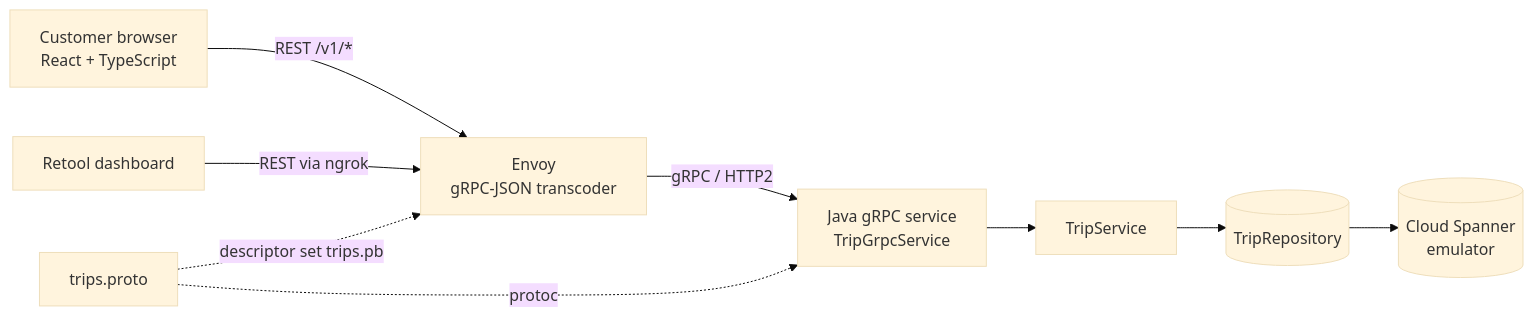
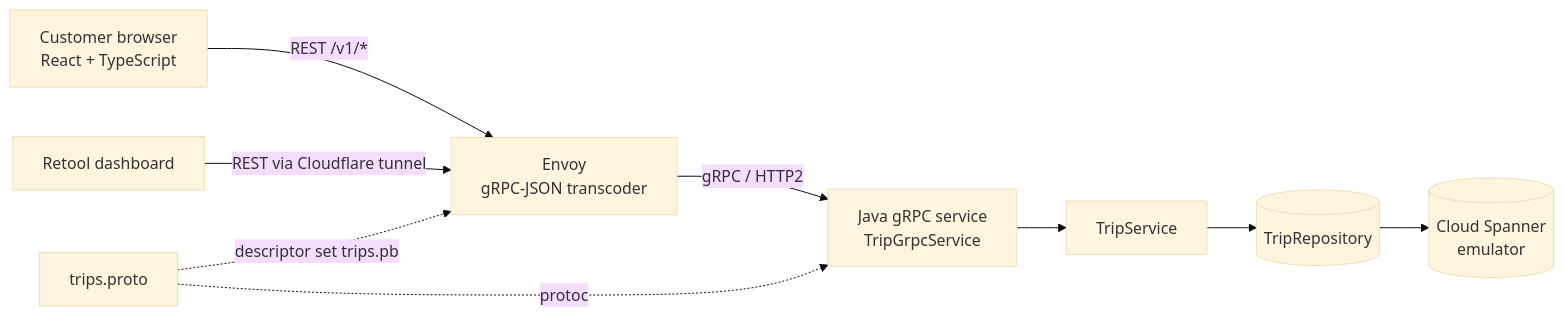
Before and after one commit to infocusp-fullstack/Chorusview_demo: the first of 8 diagrams in docs/DIAGRAMS.md, drawn with Mermaid (base theme). The commit also changed 1 other file, not shown here.

Commit message:
Docs: replace stale ngrok references with Cloudflare tunnel

````diff
--- a/docs/DIAGRAMS.md
+++ b/docs/DIAGRAMS.md
@@ -7,11 +7,11 @@
 ```mermaid
 flowchart LR
     U[Customer browser<br/>React + TypeScript] -->|REST /v1/*| E[Envoy<br/>gRPC-JSON transcoder]
-    R[Retool dashboard] -->|REST via ngrok| E
+    R[Retool dashboard] -->|REST via Cloudflare tunnel| E
     E -->|gRPC / HTTP2| B[Java gRPC service<br/>TripGrpcService]
     B --> S[TripService]
     S --> P[(TripRepository)]
     P --> D[(Cloud Spanner<br/>emulator)]
     PB[trips.proto] -.->|protoc| B
     PB -.->|descriptor set trips.pb| E
 ```
````
